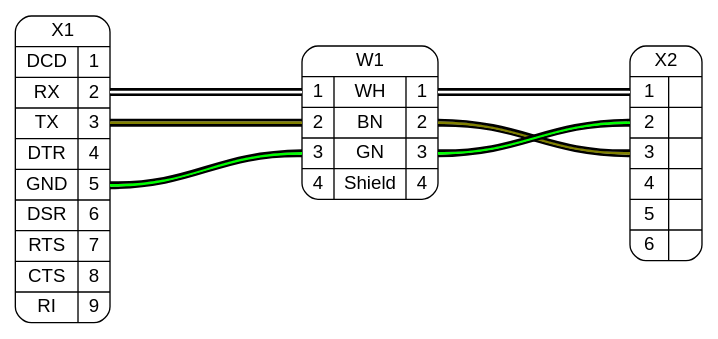
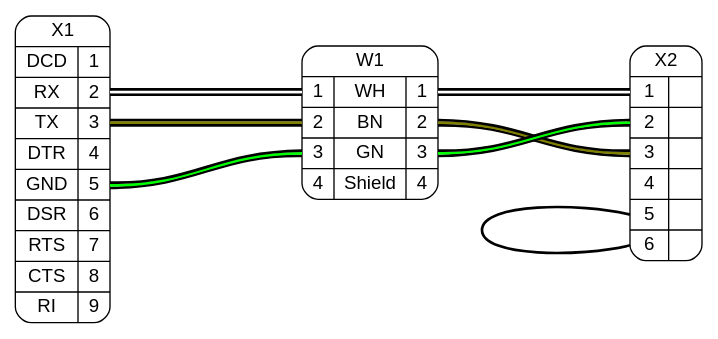
Before and after one commit to wireviz/WireViz: the diagram in src/output/output.dot, drawn with Graphviz. The commit also changed 2 other files, not shown here.

```diff
--- a/src/output/output.dot
+++ b/src/output/output.dot
@@ -1,18 +1,24 @@
 digraph G {
     graph [rankdir = LR, ranksep=2, fontname = "arial"];
     edge [arrowhead=none, fontname = "arial"];
     node [shape=record, style=rounded, fontname = "arial"];
 
 
 X1[label="X1 | {{DCD|RX|TX|DTR|GND|DSR|RTS|CTS|RI} | {<p1>1|<p2>2|<p3>3|<p4>4|<p5>5|<p6>6|<p7>7|<p8>8|<p9>9}}}"]
+
 X2[label="X2 | {{<p1>1|<p2>2|<p3>3|<p4>4|<p5>5|<p6>6} | {|||||}}}"]
+
+{edge[style=bold]
+X2:p5:w -> X2:p6:w
+}
+
 W1[label="W1 | {{<w1i>1|<w2i>2|<w3i>3|<w4i>4} | {WH|BN|GN|Shield} | {<w1o>1|<w2o>2|<w3o>3|<w4o>4}}}"]
 
 {edge[style=bold]
 {edge[color="#000000:#ffffff:#000000"] X1:p2 -> W1:w1i; W1:w1o -> X2:p1}
 {edge[color="#000000:#808000:#000000"] X1:p3 -> W1:w2i; W1:w2o -> X2:p3}
 {edge[color="#000000:#00ff00:#000000"] X1:p5 -> W1:w3i; W1:w3o -> X2:p2}
 }
 
 
 }
```
